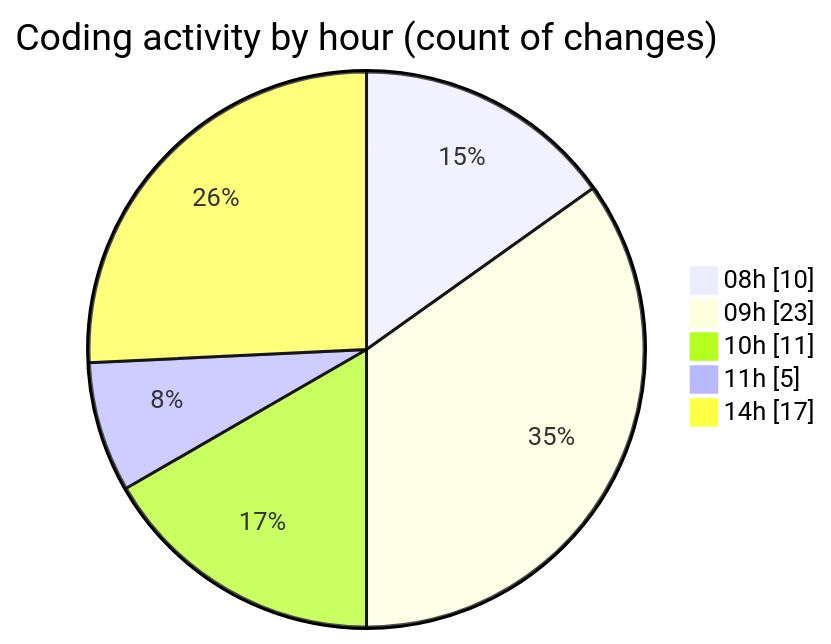
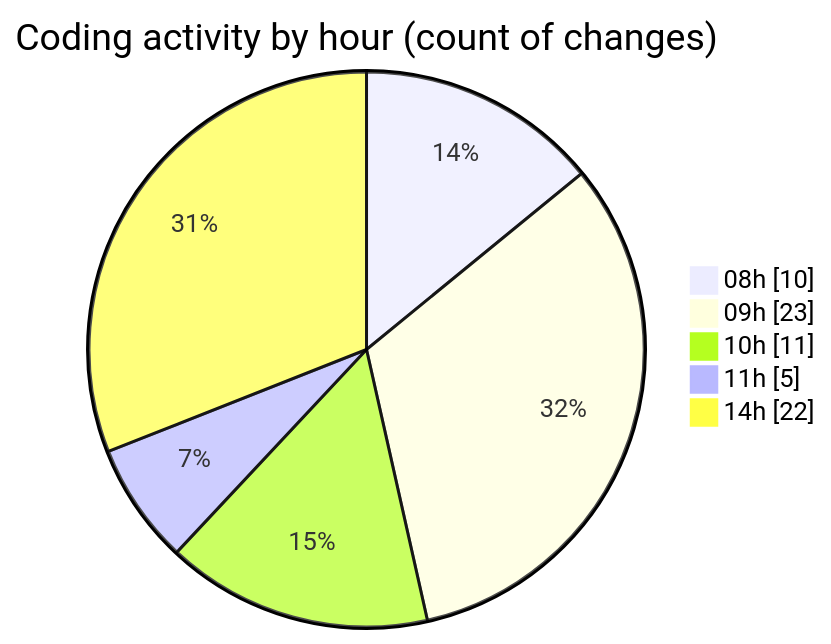
Before and after one commit to LanceThiago/code-tracking: the second of 2 diagrams in 2025-01-07/nueva_carpeta/README.md, drawn with Mermaid. The commit also changed other lines of this file and 1 other file, not shown here.

````diff
--- a/2025-01-07/nueva_carpeta/README.md
+++ b/2025-01-07/nueva_carpeta/README.md
@@ -28,9 +28,9 @@
 ```mermaid
 pie showData
 title Coding activity by hour (count of changes)
 "08h" : 10
 "09h" : 23
 "10h" : 11
 "11h" : 5
-"14h" : 17
+"14h" : 22
 ```
````
